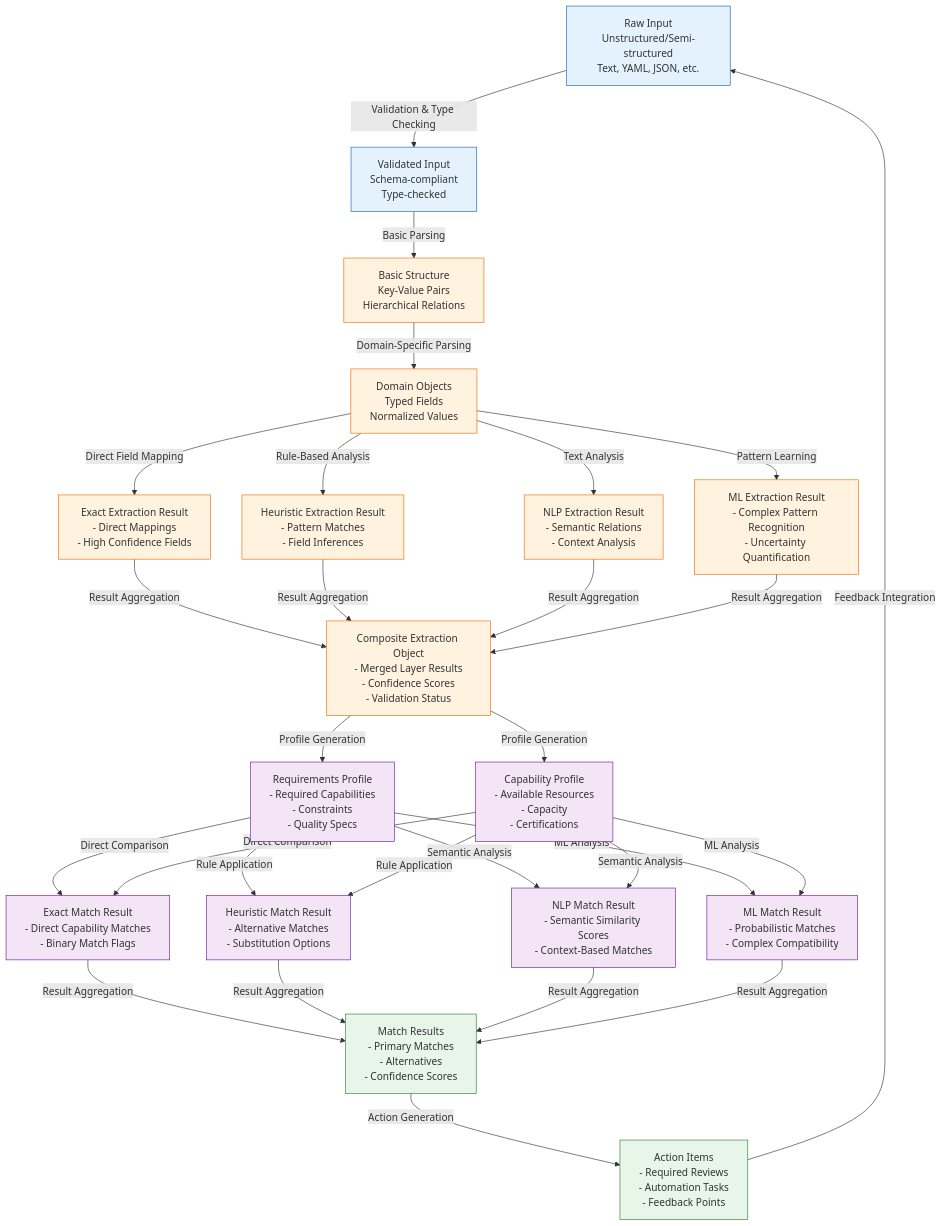
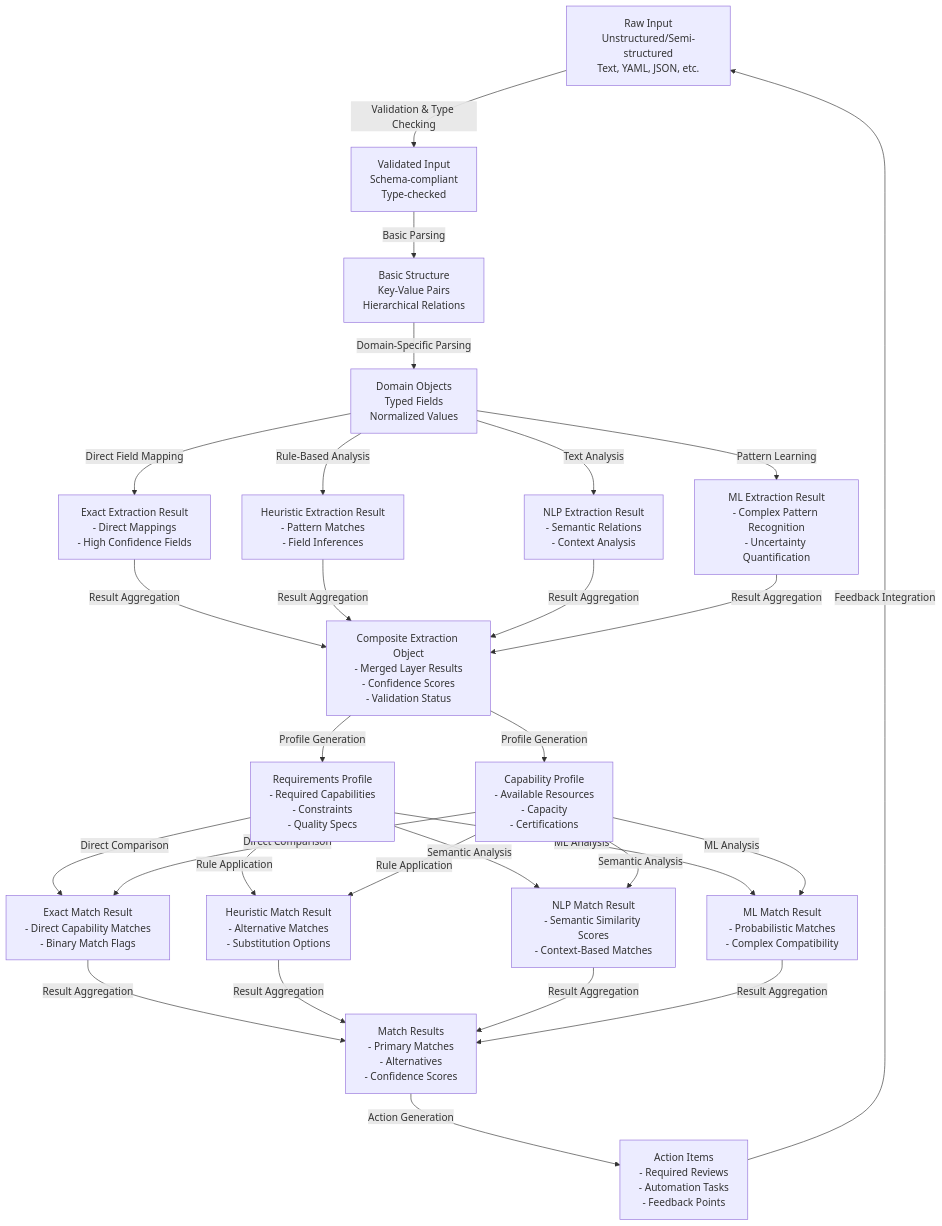
One commit to helpfulengineering/supply-graph-ai changed the diagram in docs/architecture/data-flow-diagram.md. Above: the diagram before and after it, drawn with Mermaid. The commit also changed 29 other files, not shown here.

````diff
--- a/docs/architecture/data-flow-diagram.md
+++ b/docs/architecture/data-flow-diagram.md
@@ -3,74 +3,69 @@
 ```mermaid
 flowchart TD
     %% Input Data Objects
     D1[Raw Input\nUnstructured/Semi-structured\nText, YAML, JSON, etc.]
     D2[Validated Input\nSchema-compliant\nType-checked]
     
     %% Extraction Data Objects
     E1[Basic Structure\nKey-Value Pairs\nHierarchical Relations]
     E2[Domain Objects\nTyped Fields\nNormalized Values]
     
     %% Extraction Layer Results
     EL1[Exact Extraction Result\n- Direct Mappings\n- High Confidence Fields]
     EL2[Heuristic Extraction Result\n- Pattern Matches\n- Field Inferences]
     EL3[NLP Extraction Result\n- Semantic Relations\n- Context Analysis]
     EL4[ML Extraction Result\n- Complex Pattern Recognition\n- Uncertainty Quantification]
     
     %% Composite Extraction Result
     ER1[Composite Extraction Object\n- Merged Layer Results\n- Confidence Scores\n- Validation Status]
 
     %% Matching Pipeline Data
     M1[Requirements Profile\n- Required Capabilities\n- Constraints\n- Quality Specs]
     M2[Capability Profile\n- Available Resources\n- Capacity\n- Certifications]
 
     %% Matching Layer Results
     ML1[Exact Match Result\n- Direct Capability Matches\n- Binary Match Flags]
     ML2[Heuristic Match Result\n- Alternative Matches\n- Substitution Options]
     ML3[NLP Match Result\n- Semantic Similarity Scores\n- Context-Based Matches]
     ML4[ML Match Result\n- Probabilistic Matches\n- Complex Compatibility]
 
     %% Final Results
     R1[Match Results\n- Primary Matches\n- Alternatives\n- Confidence Scores]
     R2[Action Items\n- Required Reviews\n- Automation Tasks\n- Feedback Points]
 
     %% Data Transformations
     D1 -->|Validation & Type Checking| D2
     D2 -->|Basic Parsing| E1
     E1 -->|Domain-Specific Parsing| E2
 
     %% Extraction Layer Flow
     E2 -->|Direct Field Mapping| EL1
     E2 -->|Rule-Based Analysis| EL2
     E2 -->|Text Analysis| EL3
     E2 -->|Pattern Learning| EL4
 
     %% Extraction Results Merge
     EL1 & EL2 & EL3 & EL4 -->|Result Aggregation| ER1
 
     %% Profile Creation
     ER1 -->|Profile Generation| M1
     ER1 -->|Profile Generation| M2
 
     %% Matching Layer Flow
     M1 & M2 -->|Direct Comparison| ML1
     M1 & M2 -->|Rule Application| ML2
     M1 & M2 -->|Semantic Analysis| ML3
     M1 & M2 -->|ML Analysis| ML4
 
     %% Results Aggregation
     ML1 & ML2 & ML3 & ML4 -->|Result Aggregation| R1
     R1 -->|Action Generation| R2
 
     %% Feedback Loop
     R2 -->|Feedback Integration| D1
-
-    classDef input fill:#e3f2fd,stroke:#1565c0
-    classDef extract fill:#fff3e0,stroke:#ef6c00
-    classDef match fill:#f3e5f5,stroke:#6a1b9a
-    classDef result fill:#e8f5e9,stroke:#2e7d32
     
     class D1,D2 input
     class E1,E2,EL1,EL2,EL3,EL4,ER1 extract
     class M1,M2,ML1,ML2,ML3,ML4 match
     class R1,R2 result
 ```
````
